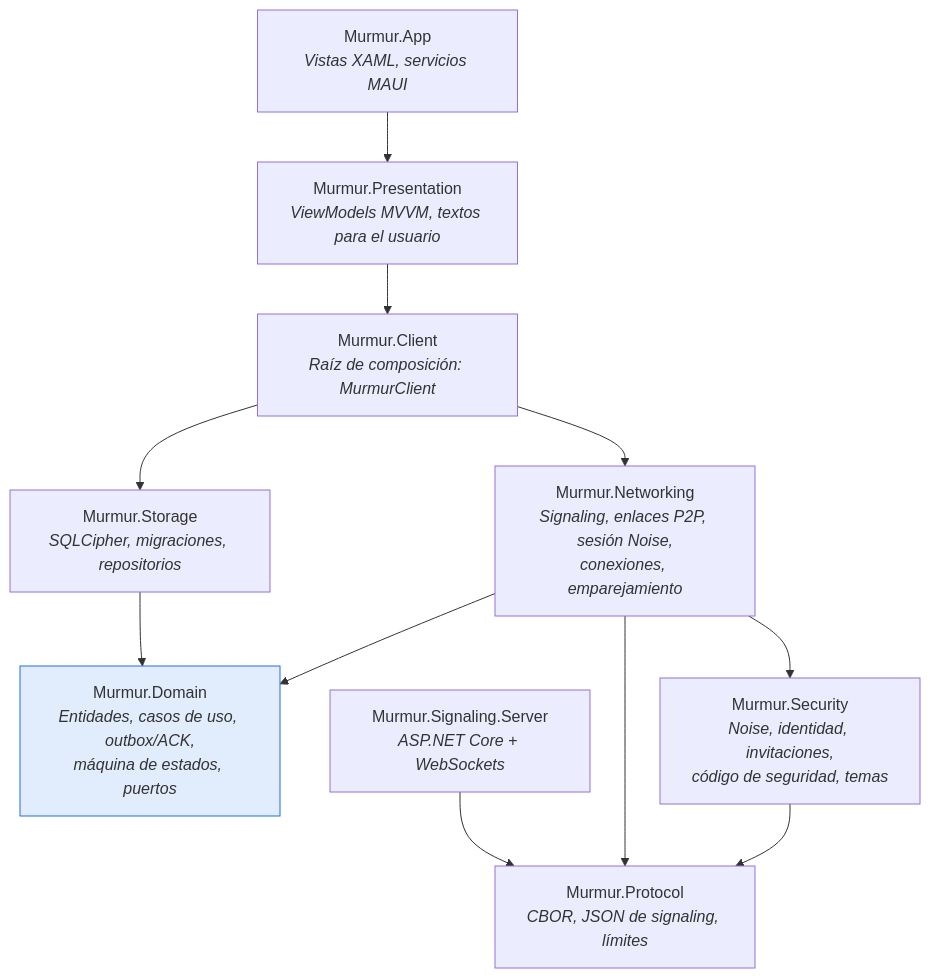
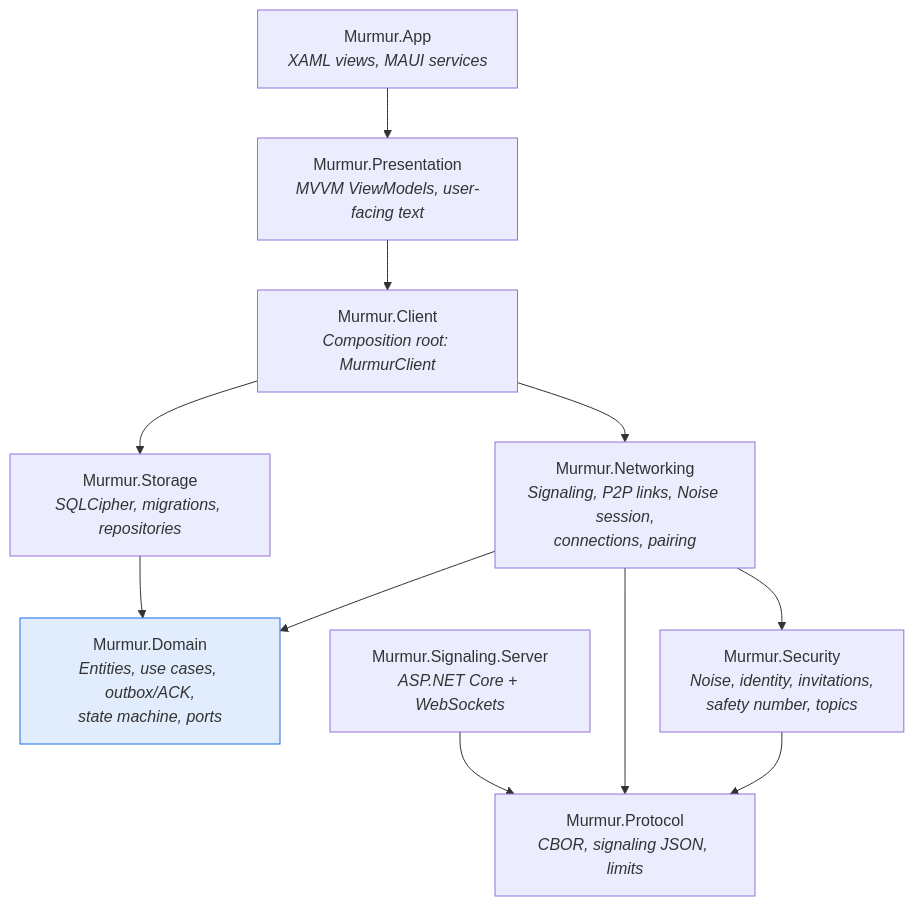
One commit to fsoftt/Murmur changed the first of 4 diagrams in website/guide/architecture.md. Above: the diagram before and after it, drawn with Mermaid. The commit also changed other lines of this file and 51 other files, not shown here.

````diff
--- a/website/guide/architecture.md
+++ b/website/guide/architecture.md
@@ -8,16 +8,16 @@
 ```mermaid
 flowchart TB
-    App["Murmur.App<br/><i>Vistas XAML, servicios MAUI</i>"] --> Presentation
-    Presentation["Murmur.Presentation<br/><i>ViewModels MVVM, textos para el usuario</i>"] --> Client
-    Client["Murmur.Client<br/><i>Raíz de composición: MurmurClient</i>"] --> Networking & Storage
-    Networking["Murmur.Networking<br/><i>Signaling, enlaces P2P, sesión Noise,<br/>conexiones, emparejamiento</i>"] --> Domain & Security
-    Storage["Murmur.Storage<br/><i>SQLCipher, migraciones, repositorios</i>"] --> Domain
-    Security["Murmur.Security<br/><i>Noise, identidad, invitaciones,<br/>código de seguridad, temas</i>"] --> Protocol
+    App["Murmur.App<br/><i>XAML views, MAUI services</i>"] --> Presentation
+    Presentation["Murmur.Presentation<br/><i>MVVM ViewModels, user-facing text</i>"] --> Client
+    Client["Murmur.Client<br/><i>Composition root: MurmurClient</i>"] --> Networking & Storage
+    Networking["Murmur.Networking<br/><i>Signaling, P2P links, Noise session,<br/>connections, pairing</i>"] --> Domain & Security
+    Storage["Murmur.Storage<br/><i>SQLCipher, migrations, repositories</i>"] --> Domain
+    Security["Murmur.Security<br/><i>Noise, identity, invitations,<br/>safety number, topics</i>"] --> Protocol
     Networking --> Protocol
-    Protocol["Murmur.Protocol<br/><i>CBOR, JSON de signaling, límites</i>"]
-    Domain["Murmur.Domain<br/><i>Entidades, casos de uso, outbox/ACK,<br/>máquina de estados, puertos</i>"]
+    Protocol["Murmur.Protocol<br/><i>CBOR, signaling JSON, limits</i>"]
+    Domain["Murmur.Domain<br/><i>Entities, use cases, outbox/ACK,<br/>state machine, ports</i>"]
     Server["Murmur.Signaling.Server<br/><i>ASP.NET Core + WebSockets</i>"] --> Protocol
 
     classDef core fill:#1f6feb22,stroke:#1f6feb
     class Domain core
 ```
````
